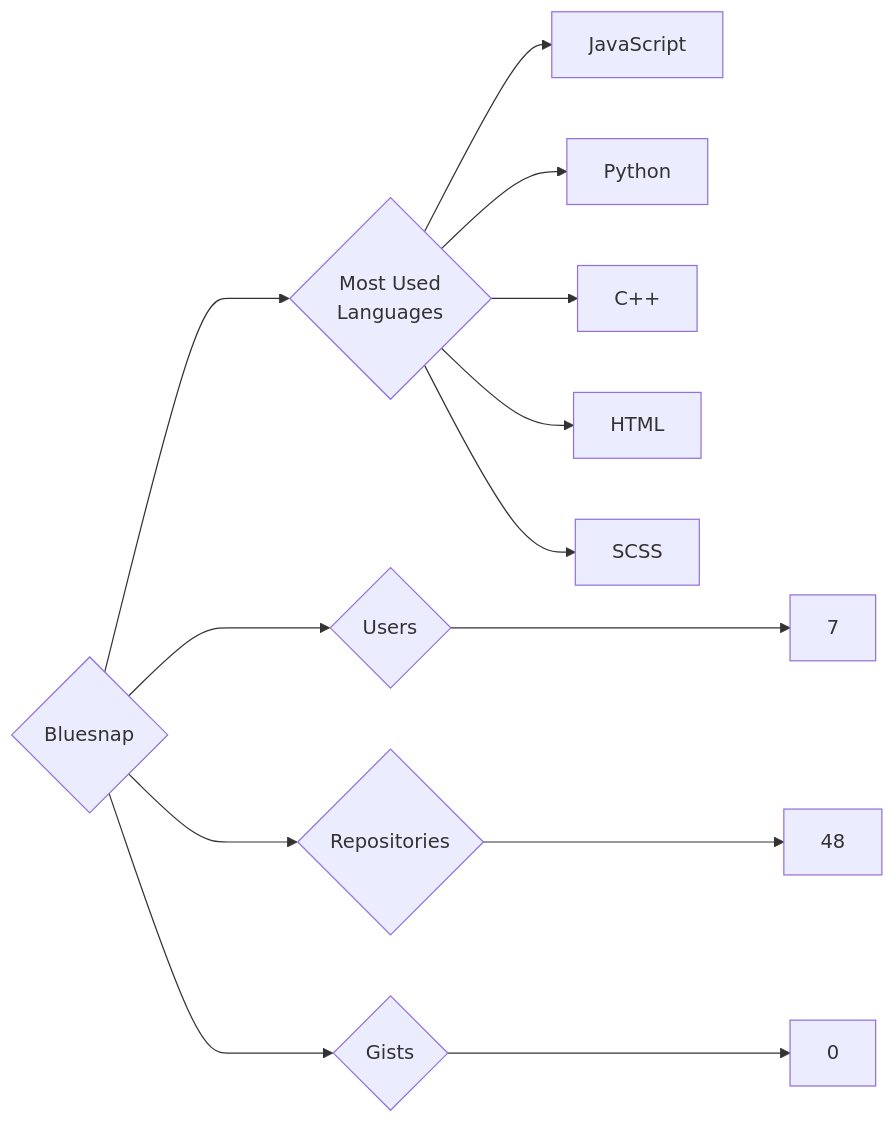
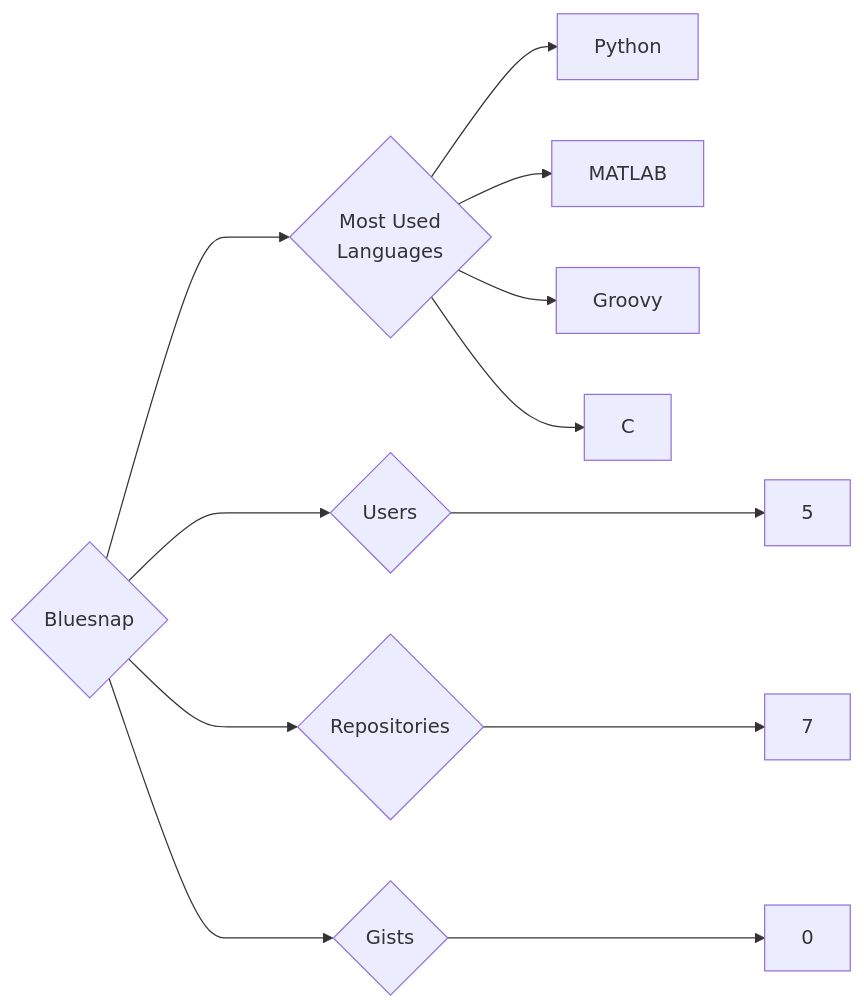
One commit to trickest/insiders changed the diagram in targets/Bluesnap/README.md. Above: the diagram before and after it, drawn with Mermaid. The commit also changed 748 other files, not shown here.

````diff
--- a/targets/Bluesnap/README.md
+++ b/targets/Bluesnap/README.md
@@ -3,13 +3,12 @@
 ```mermaid
 graph LR
 COMPANY_NAME{Bluesnap}
-COMPANY_NAME ---> U{Users} ---> UN[7]
-COMPANY_NAME ---> R{Repositories} ---> RN[48]
+COMPANY_NAME ---> U{Users} ---> UN[5]
+COMPANY_NAME ---> R{Repositories} ---> RN[7]
 COMPANY_NAME ---> G{Gists} ---> GN[0]
 COMPANY_NAME ---> ML{Most Used<br>Languages}
-ML --> JavaScript[JavaScript]
 ML --> Python[Python]
-ML --> C++[C++]
-ML --> HTML[HTML]
-ML --> SCSS[SCSS]
+ML --> MATLAB[MATLAB]
+ML --> Groovy[Groovy]
+ML --> C[C]
 ```
````
